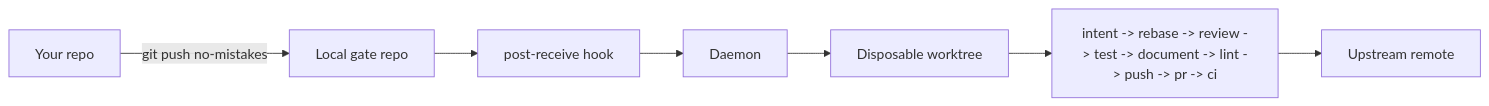
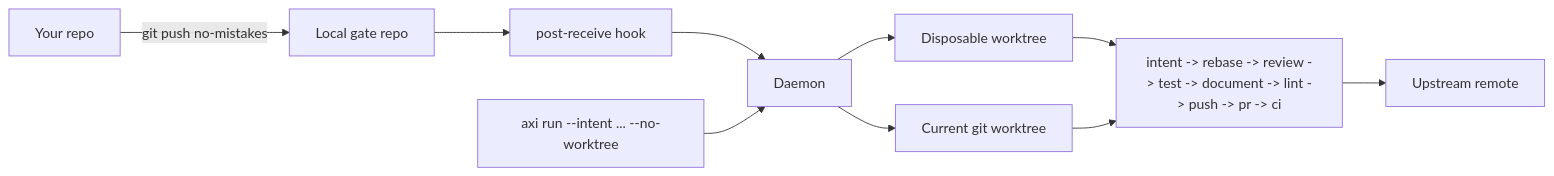
One commit to anhle128/no-mistakes changed the diagram in docs/src/content/docs/start-here/introduction.md. Above: the diagram before and after it, drawn with Mermaid. The commit also changed other lines of this file and 26 other files, not shown here.

Commit message:
no-mistakes(document): Sync current-worktree docs

````diff
--- a/docs/src/content/docs/start-here/introduction.md
+++ b/docs/src/content/docs/start-here/introduction.md
@@ -46,9 +49,12 @@
 ```mermaid
 flowchart LR
   repo["Your repo"] -->|"git push no-mistakes"| gate["Local gate repo"]
   gate --> hook["post-receive hook"]
   hook --> daemon["Daemon"]
   daemon --> worktree["Disposable worktree"]
+  axi["axi run --intent ... --no-worktree"] --> daemon
+  daemon --> current["Current git worktree"]
   worktree --> pipeline["intent -> rebase -> review -> test -> document -> lint -> push -> pr -> ci"]
+  current --> pipeline
   pipeline --> upstream["Upstream remote"]
 ```
````
